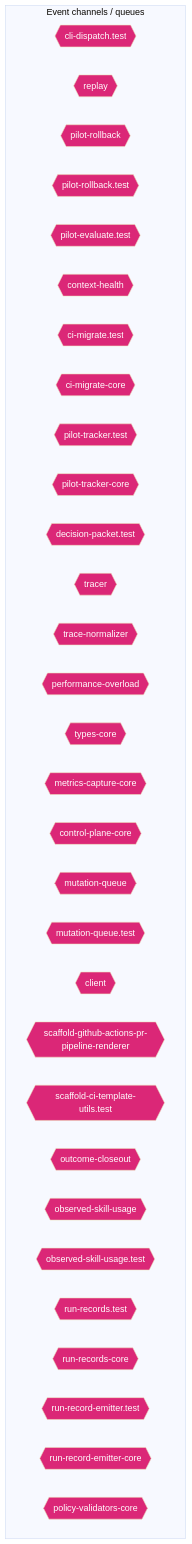
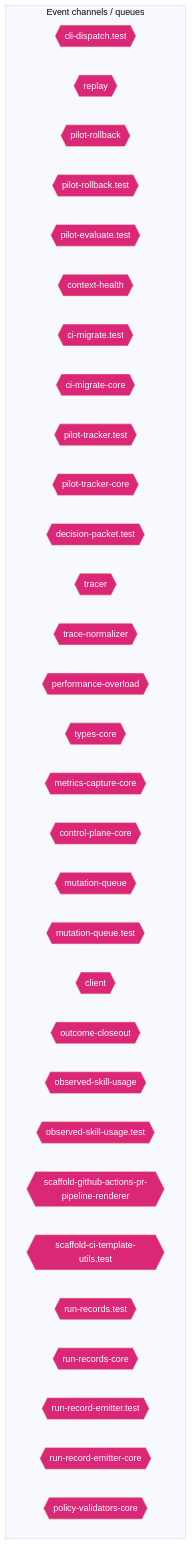
One commit to jscraik/coding-harness changed the ninth of 14 diagrams in AI/context/diagram-context.md. Above: the diagram before and after it, drawn with Mermaid (base theme). The commit also changed other lines of this file and 5 other files, not shown here.

````diff
--- a/AI/context/diagram-context.md
+++ b/AI/context/diagram-context.md
@@ -1588,38 +1592,38 @@
 ```mermaid
 flowchart TD
   subgraph Channels["Event channels / queues"]
     cli_dispatch_test_54c9f17b{{"cli-dispatch.test"}}
     replay_ac203c98{{"replay"}}
     pilot_rollback_00c1f82c{{"pilot-rollback"}}
     pilot_rollback_test_e61d5a2b{{"pilot-rollback.test"}}
     pilot_evaluate_test_a2ac06fc{{"pilot-evaluate.test"}}
     context_health_80bb7da9{{"context-health"}}
     ci_migrate_test_2a015bb9{{"ci-migrate.test"}}
     ci_migrate_core_7005b5af{{"ci-migrate-core"}}
     pilot_tracker_test_80398a66{{"pilot-tracker.test"}}
     pilot_tracker_core_80d8ac96{{"pilot-tracker-core"}}
     decision_packet_test_9ea0e97b{{"decision-packet.test"}}
     tracer_1e6243a2{{"tracer"}}
     trace_normalizer_cb1be1d2{{"trace-normalizer"}}
     performance_overload_c685bfcf{{"performance-overload"}}
     types_core_e405ddca{{"types-core"}}
     metrics_capture_core_db4bf7cf{{"metrics-capture-core"}}
     control_plane_core_db3b4cb2{{"control-plane-core"}}
     mutation_queue_ce5a530e{{"mutation-queue"}}
     mutation_queue_test_10b599e8{{"mutation-queue.test"}}
     client_1_914e1681{{"client"}}
-    scaffold_github_actions_pr_pipeline_renderer_1ee18de5{{"scaffold-github-actions-pr-pipeline-renderer"}}
-    scaffold_ci_template_utils_test_b94825d9{{"scaffold-ci-template-utils.test"}}
     outcome_closeout_ba497ec2{{"outcome-closeout"}}
     observed_skill_usage_ed7d5930{{"observed-skill-usage"}}
     observed_skill_usage_test_311c215a{{"observed-skill-usage.test"}}
+    scaffold_github_actions_pr_pipeline_renderer_1ee18de5{{"scaffold-github-actions-pr-pipeline-renderer"}}
+    scaffold_ci_template_utils_test_b94825d9{{"scaffold-ci-template-utils.test"}}
     run_records_test_3ee6a0e3{{"run-records.test"}}
     run_records_core_89286dfa{{"run-records-core"}}
     run_record_emitter_test_5475c0da{{"run-record-emitter.test"}}
     run_record_emitter_core_688049d5{{"run-record-emitter-core"}}
     policy_validators_core_714a3fe7{{"policy-validators-core"}}
   end
   classDef eventNode fill:#db2777,color:#fff
-  class cli_dispatch_test_54c9f17b,replay_ac203c98,pilot_rollback_00c1f82c,pilot_rollback_test_e61d5a2b,pilot_evaluate_test_a2ac06fc,context_health_80bb7da9,ci_migrate_test_2a015bb9,ci_migrate_core_7005b5af,pilot_tracker_test_80398a66,pilot_tracker_core_80d8ac96,decision_packet_test_9ea0e97b,tracer_1e6243a2,trace_normalizer_cb1be1d2,performance_overload_c685bfcf,types_core_e405ddca,metrics_capture_core_db4bf7cf,control_plane_core_db3b4cb2,mutation_queue_ce5a530e,mutation_queue_test_10b599e8,client_1_914e1681,scaffold_github_actions_pr_pipeline_renderer_1ee18de5,scaffold_ci_template_utils_test_b94825d9,outcome_closeout_ba497ec2,observed_skill_usage_ed7d5930,observed_skill_usage_test_311c215a,run_records_test_3ee6a0e3,run_records_core_89286dfa,run_record_emitter_test_5475c0da,run_record_emitter_core_688049d5,policy_validators_core_714a3fe7 eventNode
+  class cli_dispatch_test_54c9f17b,replay_ac203c98,pilot_rollback_00c1f82c,pilot_rollback_test_e61d5a2b,pilot_evaluate_test_a2ac06fc,context_health_80bb7da9,ci_migrate_test_2a015bb9,ci_migrate_core_7005b5af,pilot_tracker_test_80398a66,pilot_tracker_core_80d8ac96,decision_packet_test_9ea0e97b,tracer_1e6243a2,trace_normalizer_cb1be1d2,performance_overload_c685bfcf,types_core_e405ddca,metrics_capture_core_db4bf7cf,control_plane_core_db3b4cb2,mutation_queue_ce5a530e,mutation_queue_test_10b599e8,client_1_914e1681,outcome_closeout_ba497ec2,observed_skill_usage_ed7d5930,observed_skill_usage_test_311c215a,scaffold_github_actions_pr_pipeline_renderer_1ee18de5,scaffold_ci_template_utils_test_b94825d9,run_records_test_3ee6a0e3,run_records_core_89286dfa,run_record_emitter_test_5475c0da,run_record_emitter_core_688049d5,policy_validators_core_714a3fe7 eventNode
 
 ```
````
